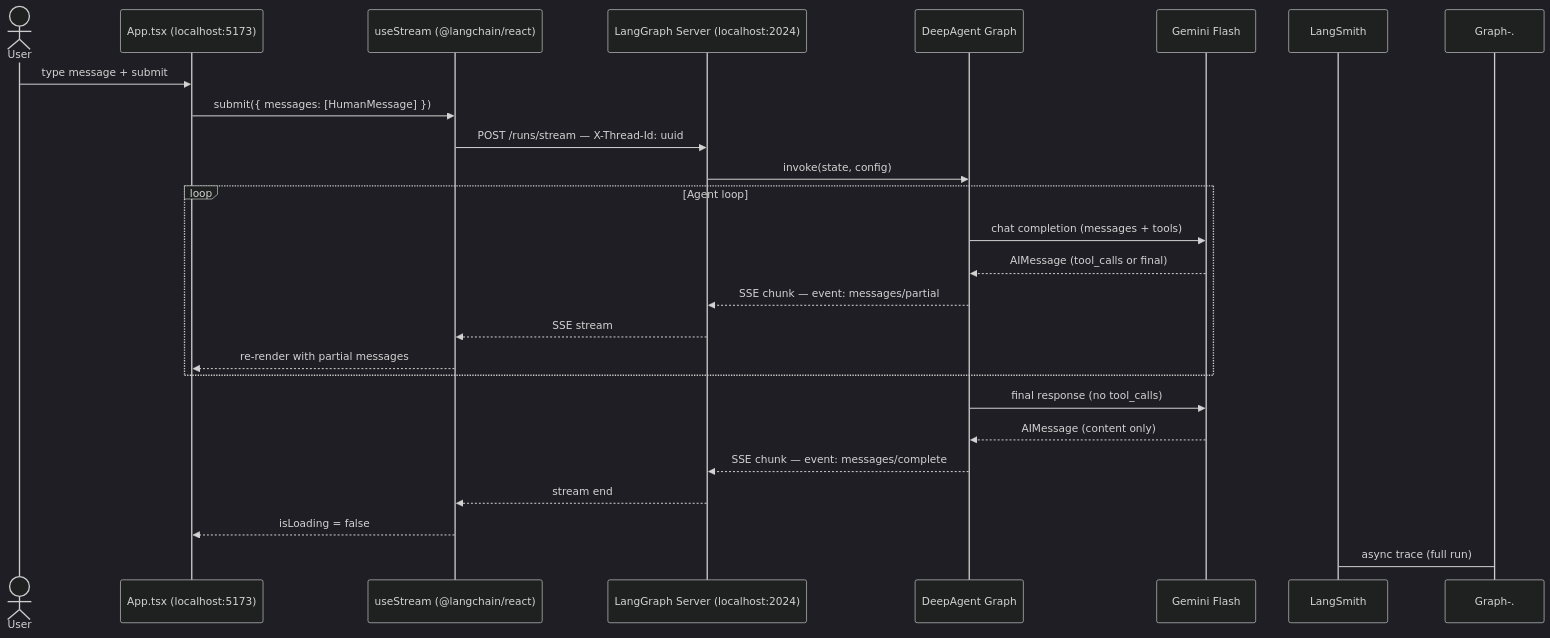
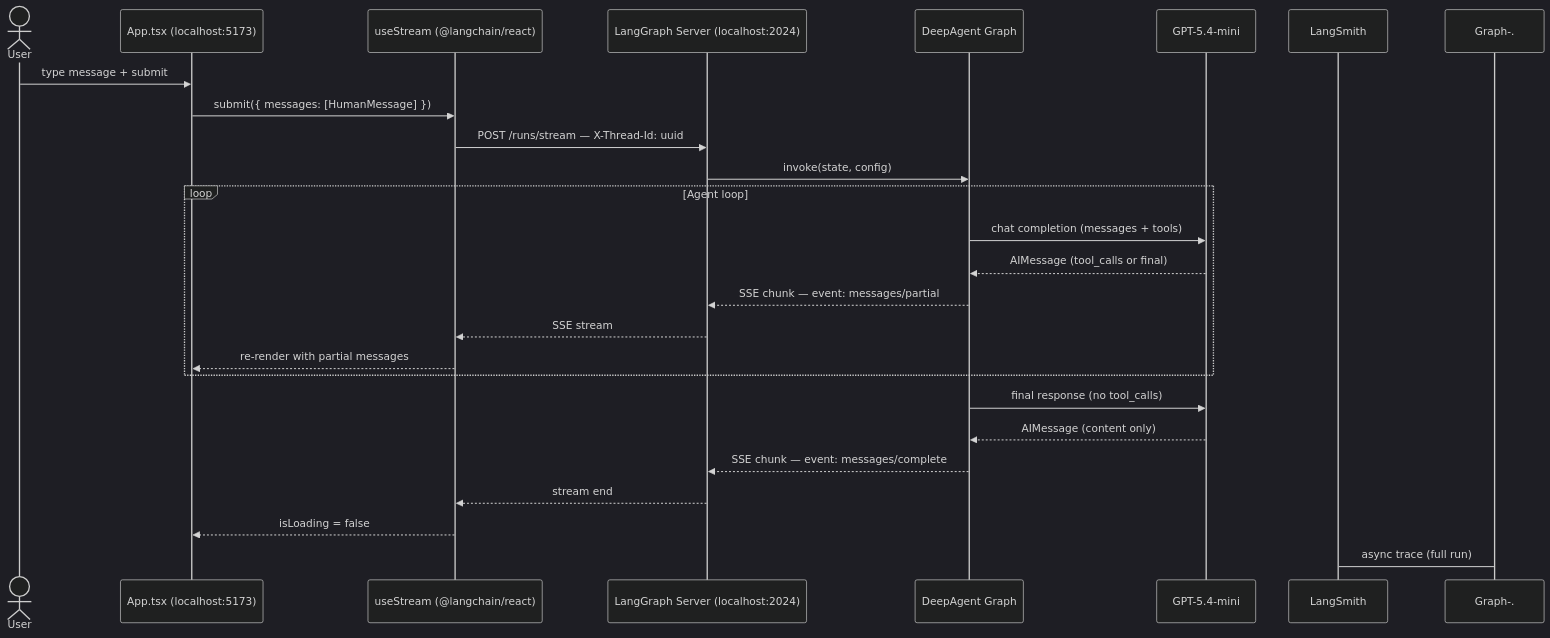
The first of 4 diagrams in docs/diagrams/03-fullstack-architecture.md (nhatduong-agilityio/deep-agents), drawn with Mermaid (dark theme) before and after one commit. The commit also changed other lines of this file and 21 other files, not shown here.

Commit message:
docs: update READMEs and diagrams for OpenAI migration and T-DA-04 results

````diff
--- a/docs/diagrams/03-fullstack-architecture.md
+++ b/docs/diagrams/03-fullstack-architecture.md
@@ -7,30 +7,30 @@
 ```mermaid
 sequenceDiagram
     actor User
     participant UI as App.tsx (localhost:5173)
     participant Hook as useStream (@langchain/react)
     participant LGS as LangGraph Server (localhost:2024)
     participant Graph as DeepAgent Graph
-    participant Gemini as Gemini Flash
+    participant GPT as GPT-5.4-mini
     participant LS as LangSmith
 
     User->>UI: type message + submit
     UI->>Hook: submit({ messages: [HumanMessage] })
     Hook->>LGS: POST /runs/stream — X-Thread-Id: uuid
     LGS->>Graph: invoke(state, config)
 
     loop Agent loop
-        Graph->>Gemini: chat completion (messages + tools)
-        Gemini-->>Graph: AIMessage (tool_calls or final)
+        Graph->>GPT: chat completion (messages + tools)
+        GPT-->>Graph: AIMessage (tool_calls or final)
         Graph-->>LGS: SSE chunk — event: messages/partial
         LGS-->>Hook: SSE stream
         Hook-->>UI: re-render with partial messages
     end
 
-    Graph->>Gemini: final response (no tool_calls)
-    Gemini-->>Graph: AIMessage (content only)
+    Graph->>GPT: final response (no tool_calls)
+    GPT-->>Graph: AIMessage (content only)
     Graph-->>LGS: SSE chunk — event: messages/complete
     LGS-->>Hook: stream end
     Hook-->>UI: isLoading = false
     Graph-.->LS: async trace (full run)
 ```
````
